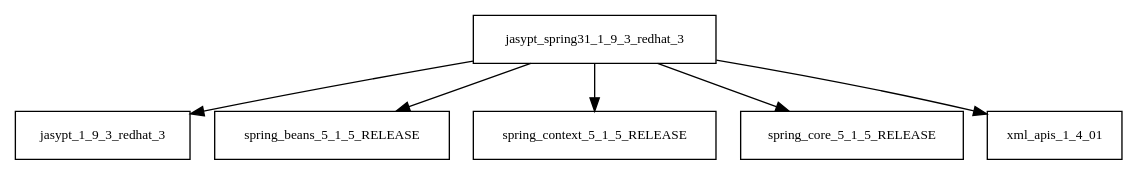
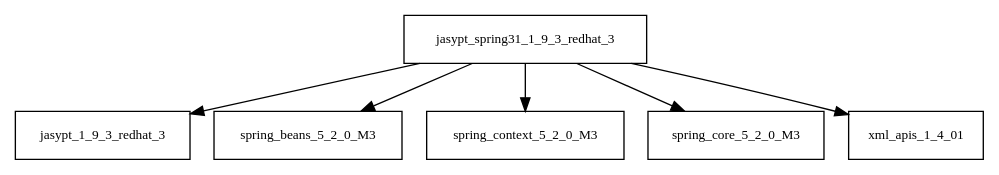
Before and after one commit to Hack23/cia: the diagram in tattleTaleReport/graphviz/jasypt-spring31-1.9.3.redhat_3.jar/jasypt-spring31-1.9.3.redhat_3.jar.dot, drawn with Graphviz. The commit also changed 4049 other files, not shown here.

```diff
--- a/tattleTaleReport/graphviz/jasypt-spring31-1.9.3.redhat_3.jar/jasypt-spring31-1.9.3.redhat_3.jar.dot
+++ b/tattleTaleReport/graphviz/jasypt-spring31-1.9.3.redhat_3.jar/jasypt-spring31-1.9.3.redhat_3.jar.dot
@@ -1,8 +1,8 @@
 digraph jasypt_spring31_1_9_3_redhat_3_dependencies {
   node [shape = box, fontsize=10.0];
   jasypt_spring31_1_9_3_redhat_3 -> jasypt_1_9_3_redhat_3;
-  jasypt_spring31_1_9_3_redhat_3 -> spring_beans_5_1_5_RELEASE;
-  jasypt_spring31_1_9_3_redhat_3 -> spring_context_5_1_5_RELEASE;
-  jasypt_spring31_1_9_3_redhat_3 -> spring_core_5_1_5_RELEASE;
+  jasypt_spring31_1_9_3_redhat_3 -> spring_beans_5_2_0_M3;
+  jasypt_spring31_1_9_3_redhat_3 -> spring_context_5_2_0_M3;
+  jasypt_spring31_1_9_3_redhat_3 -> spring_core_5_2_0_M3;
   jasypt_spring31_1_9_3_redhat_3 -> xml_apis_1_4_01;
 }
```
